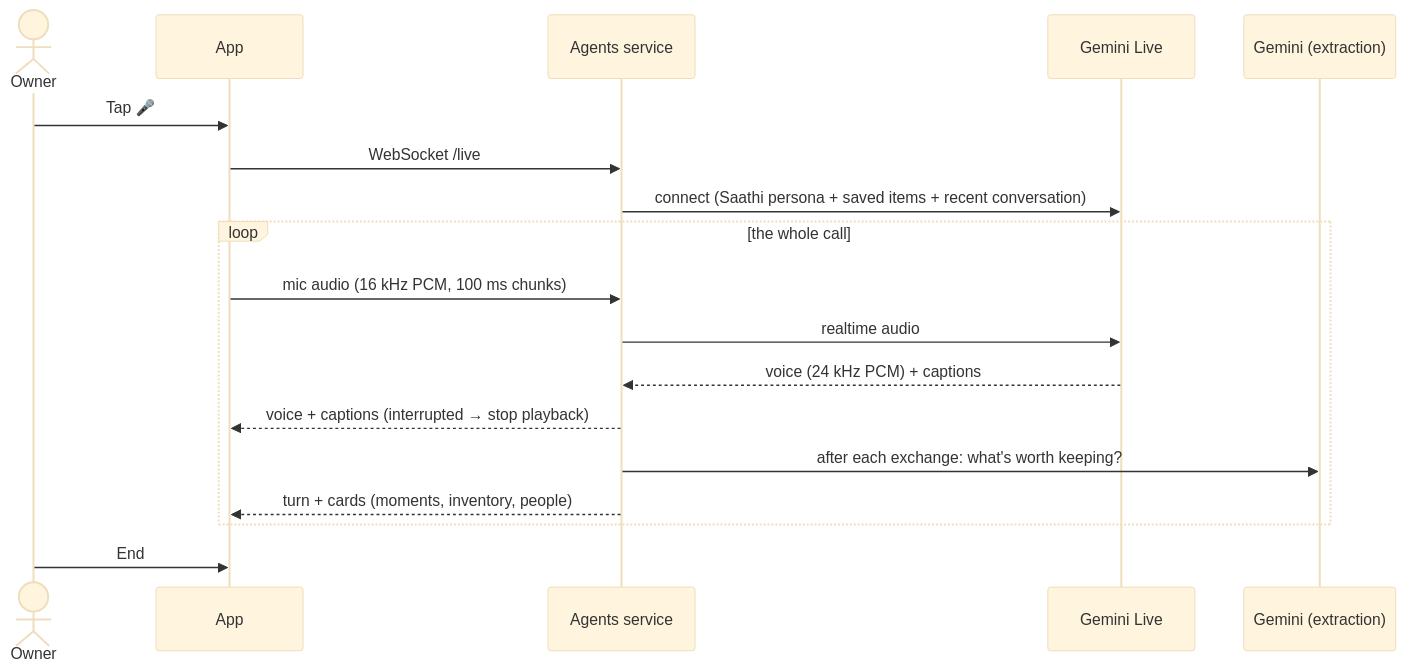
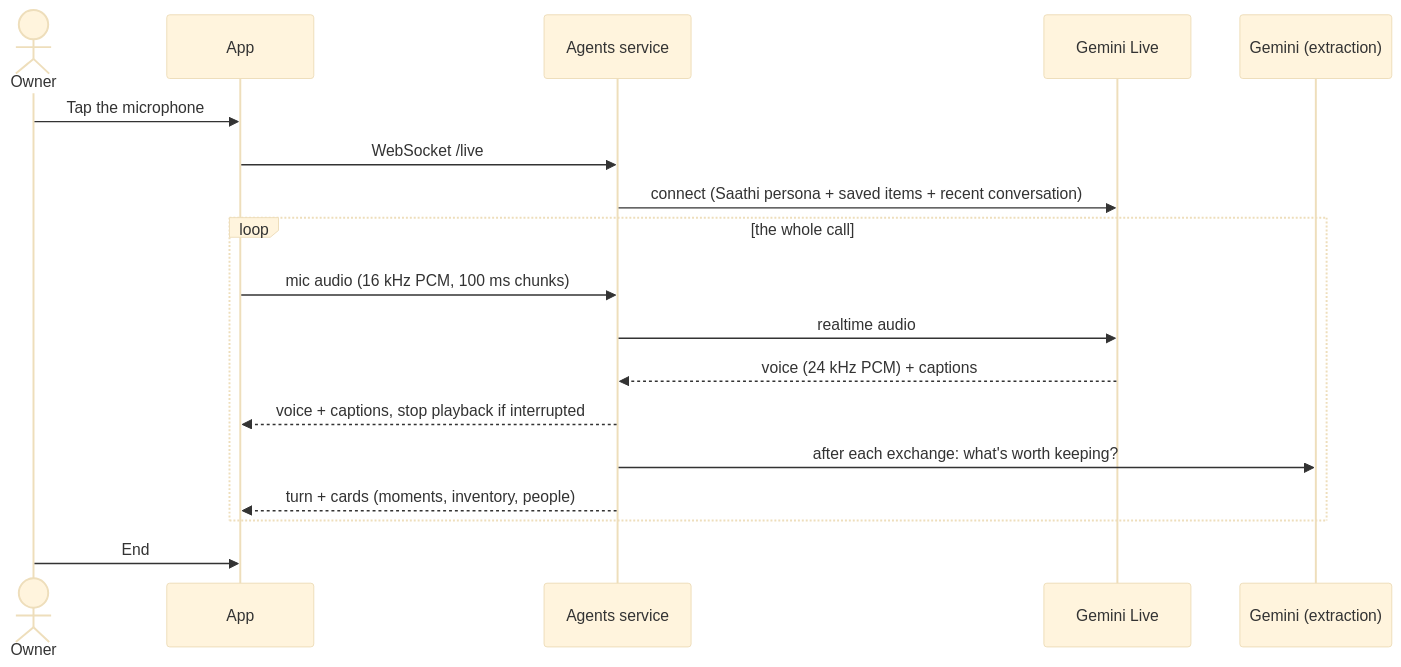
Before and after one commit to sachiachar/anvaya: the second of 4 diagrams in docs/architecture.md, drawn with Mermaid (base theme). The commit also changed other lines of this file and 3 other files, not shown here.

First line of the commit message:
Deploy with GitHub Actions (only what changed); README with logo; fix diagrams

````diff
--- a/docs/architecture.md
+++ b/docs/architecture.md
@@ -151,20 +151,20 @@
 ```mermaid
 sequenceDiagram
     actor Owner
     participant App
     participant API as Agents service
     participant Live as Gemini Live
     participant G as Gemini (extraction)
-    Owner->>App: Tap 🎤
+    Owner->>App: Tap the microphone
     App->>API: WebSocket /live
     API->>Live: connect (Saathi persona + saved items + recent conversation)
     loop the whole call
         App->>API: mic audio (16 kHz PCM, 100 ms chunks)
         API->>Live: realtime audio
         Live-->>API: voice (24 kHz PCM) + captions
-        API-->>App: voice + captions (interrupted → stop playback)
+        API-->>App: voice + captions, stop playback if interrupted
         API->>G: after each exchange: what's worth keeping?
         API-->>App: turn + cards (moments, inventory, people)
     end
     Owner->>App: End
 ```
````
